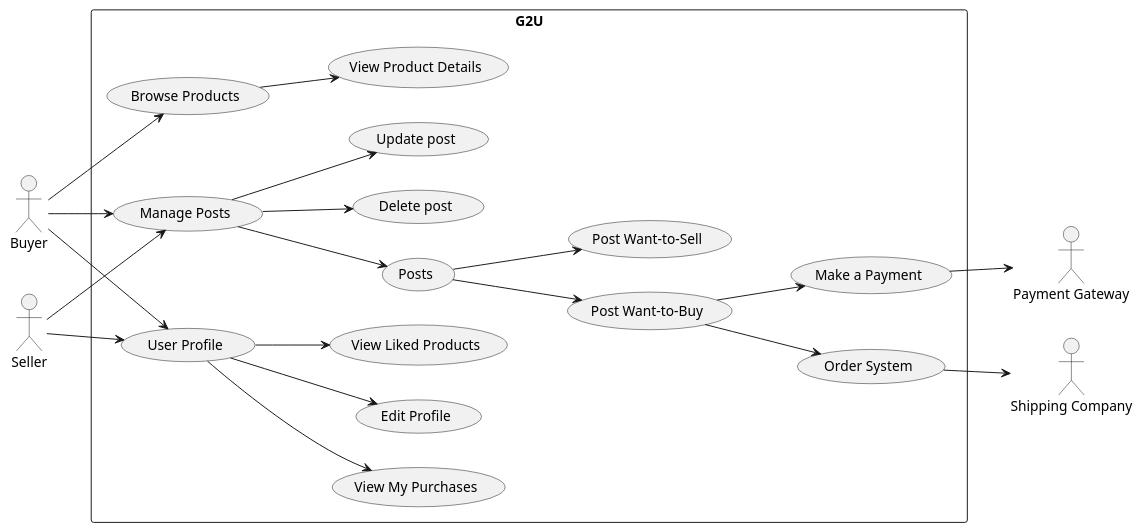
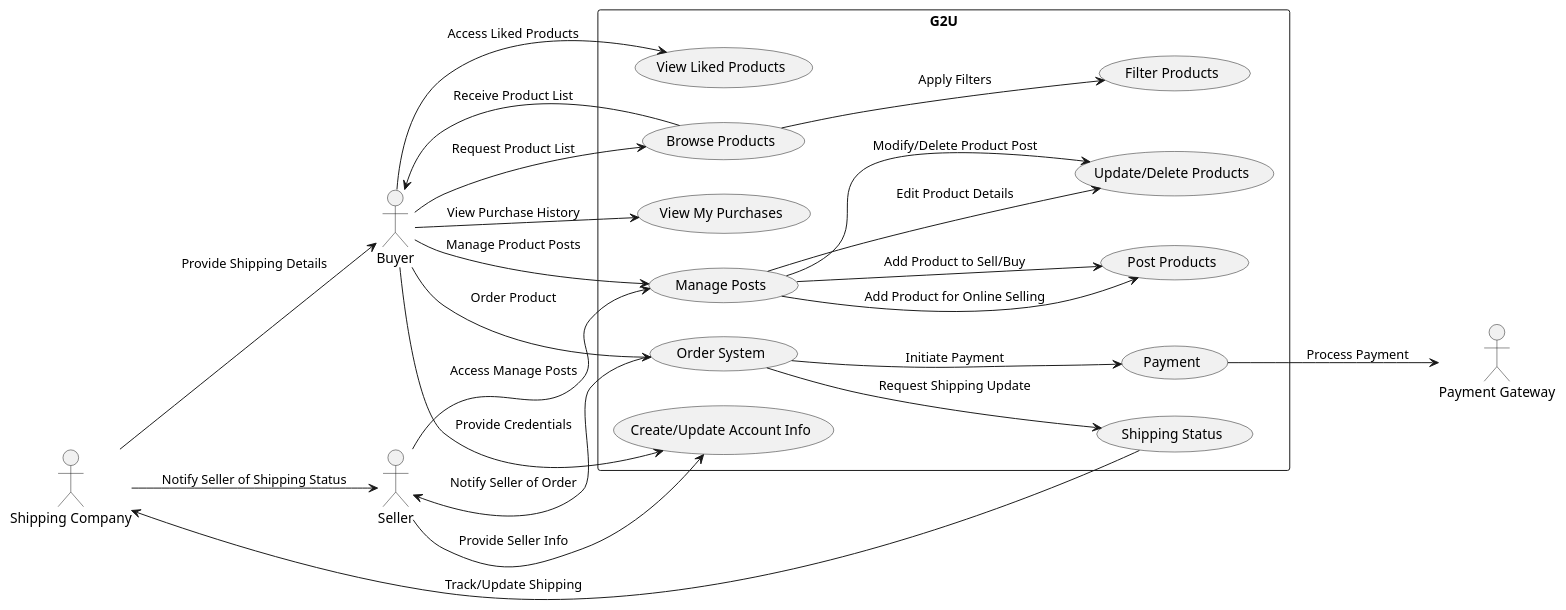
Before and after one commit to G2U-CPE36/G2U_docs: the diagram in arch/10_usecase_overall.puml, drawn with PlantUML.

Commit message:
Update: refine use case diagram with new account management and product handling use cases

```diff
--- a/arch/10_usecase_overall.puml
+++ b/arch/10_usecase_overall.puml
@@ -1,51 +1,47 @@
 @startuml
 left to right direction
 
 actor "Buyer" as Buyer
 actor "Seller" as Seller
 actor "Payment Gateway" as PaymentGateway
 actor "Shipping Company" as ShippingCompany
 
 rectangle "G2U" {
-    usecase "Browse Products" as BrowseProduct
-    usecase "View Product Details" as ViewProduct
-    usecase "User Profile" as UserProfile
-    usecase "Edit Profile" as EditProfile
+    usecase "Create/Update Account Info" as AccountInfo
+    usecase "View My Purchases" as MyPurchases
     usecase "View Liked Products" as LikedProducts
-    usecase "View My Purchases" as MyPurchases
+    usecase "Browse Products" as BrowseProducts
+    usecase "Filter Products" as FilterProducts
     usecase "Manage Posts" as ManagePosts
-    usecase "Post Want-to-Buy" as WantToBuy
-    usecase "Post Want-to-Sell" as WantToSell
-    usecase "Make a Payment" as MakePayment
-    usecase "Delete post" as DeletePost
-    usecase "Update post" as UpdatePost
-    usecase "Posts" as Posts
+    usecase "Post Products" as PostProducts
+    usecase "Update/Delete Products" as UpdateDeleteProducts
     usecase "Order System" as OrderSystem
+    usecase "Payment" as Payment
+    usecase "Shipping Status" as ShippingStatus
 }
 
-Buyer--> BrowseProduct
-Buyer --> UserProfile
-Buyer --> ManagePosts
-
-Seller --> UserProfile
-Seller --> ManagePosts
-
-BrowseProduct --> ViewProduct
+Buyer --> AccountInfo : "Provide Credentials"
+Buyer --> BrowseProducts : "Request Product List"
+BrowseProducts --> FilterProducts : "Apply Filters"
+BrowseProducts --> Buyer : "Receive Product List"
+Buyer --> MyPurchases : "View Purchase History"
+Buyer --> LikedProducts : "Access Liked Products"
+Buyer --> ManagePosts : "Manage Product Posts"
+ManagePosts --> PostProducts : "Add Product to Sell/Buy"
+ManagePosts --> UpdateDeleteProducts : "Modify/Delete Product Post"
+Seller --> AccountInfo : "Provide Seller Info"
+Seller --> ManagePosts : "Access Manage Posts"
+ManagePosts --> PostProducts : "Add Product for Online Selling"
+ManagePosts --> UpdateDeleteProducts : "Edit Product Details"
 
 
-ManagePosts --> DeletePost
-ManagePosts --> UpdatePost
-ManagePosts --> Posts
+Buyer --> OrderSystem : "Order Product"
+OrderSystem --> Seller : "Notify Seller of Order"
+OrderSystem --> Payment : "Initiate Payment"
+Payment --> PaymentGateway : "Process Payment"
+OrderSystem --> ShippingStatus : "Request Shipping Update"
+ShippingStatus --> ShippingCompany : "Track/Update Shipping"
+ShippingCompany --> Buyer : "Provide Shipping Details"
+ShippingCompany --> Seller : "Notify Seller of Shipping Status"
 
-Posts--> WantToBuy
-Posts--> WantToSell
-
-UserProfile --> LikedProducts
-UserProfile --> EditProfile
-UserProfile --> MyPurchases
-
-WantToBuy --> MakePayment
-WantToBuy  --> OrderSystem
-OrderSystem --> ShippingCompany
-MakePayment --> PaymentGateway
 @enduml
```
